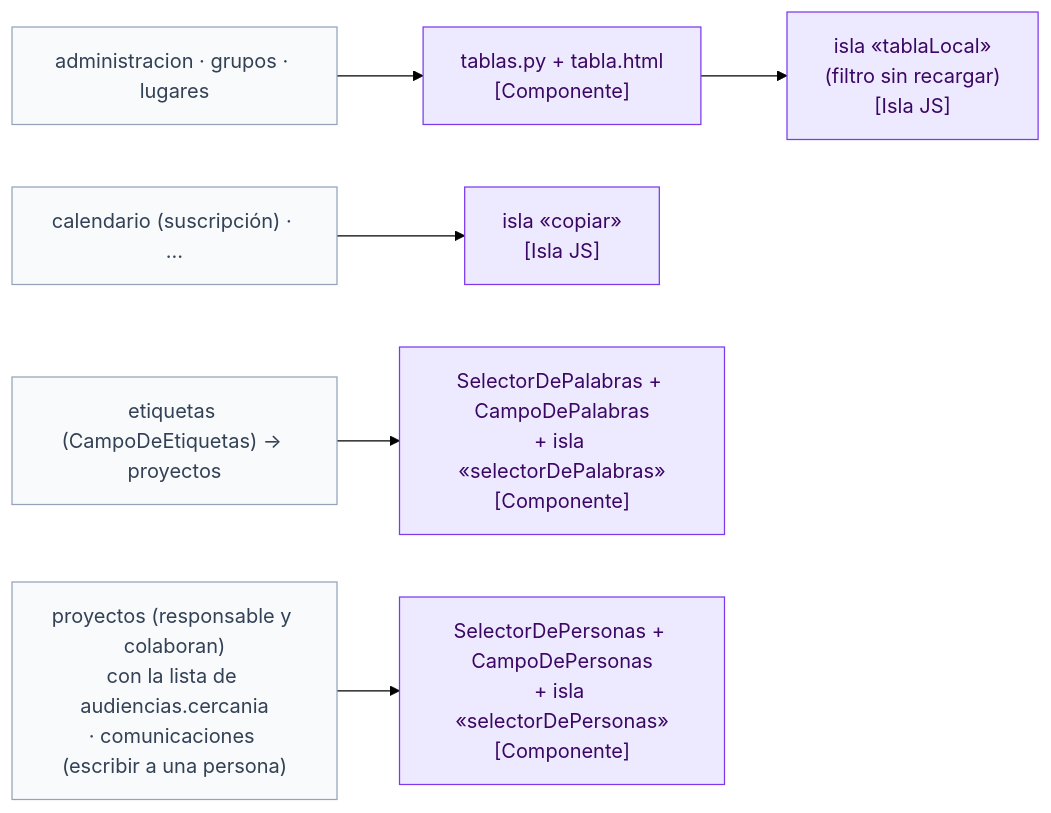
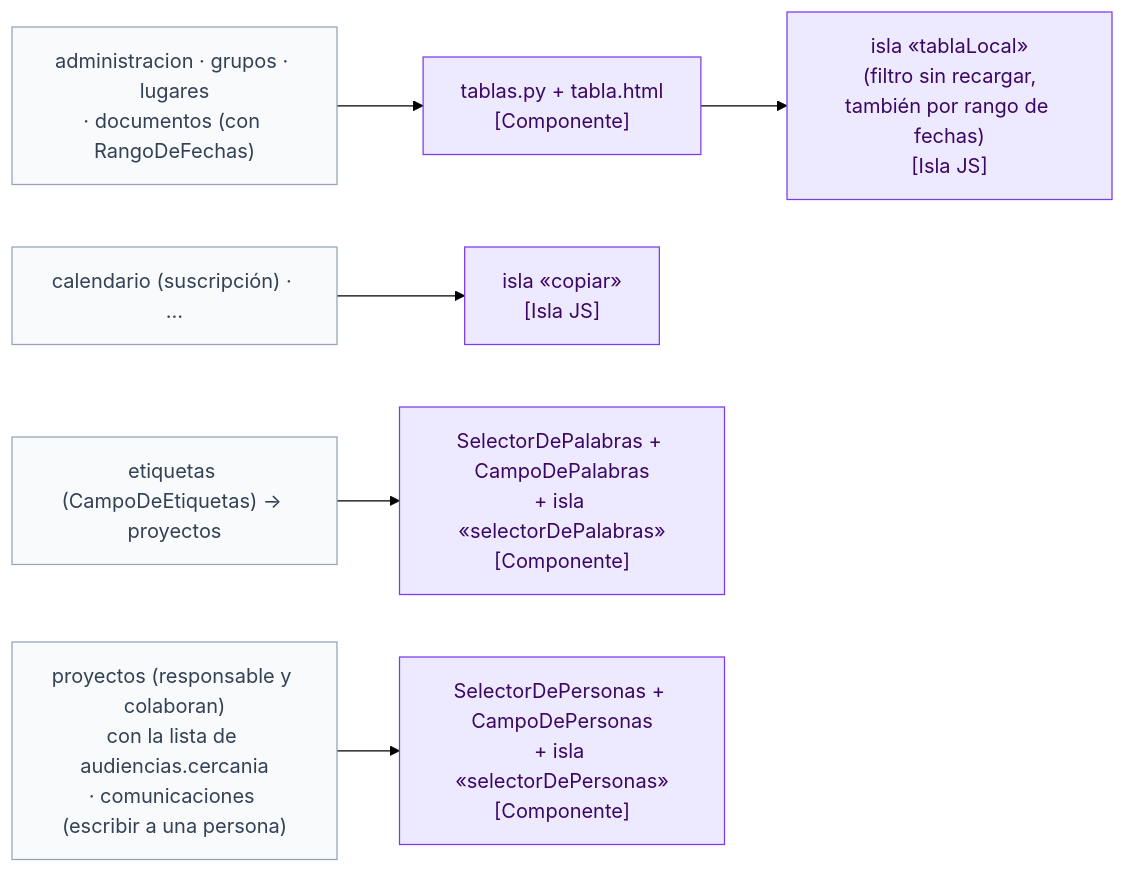
One commit to chemabc/groupy changed diagram 34 of 40 in docs/arquitectura.md. Above: the diagram before and after it, drawn with Mermaid (forest theme). The commit also changed other lines of this file and 46 other files, not shown here.

````diff
--- a/docs/arquitectura.md
+++ b/docs/arquitectura.md
@@ -1050,19 +1070,19 @@
 ```mermaid
 flowchart LR
   classDef comp fill:#ede9fe,stroke:#7c3aed,color:#3b0764
   classDef otro fill:#f8fafc,stroke:#94a3b8,color:#334155
   tablas["tablas.py + tabla.html<br/>[Componente]"]:::comp
-  tablaLocal["isla «tablaLocal»<br/>(filtro sin recargar)<br/>[Isla JS]"]:::comp
+  tablaLocal["isla «tablaLocal»<br/>(filtro sin recargar,<br/>también por rango de fechas)<br/>[Isla JS]"]:::comp
   copiar["isla «copiar»<br/>[Isla JS]"]:::comp
   selector["SelectorDePalabras + CampoDePalabras<br/>+ isla «selectorDePalabras»<br/>[Componente]"]:::comp
   personas["SelectorDePersonas + CampoDePersonas<br/>+ isla «selectorDePersonas»<br/>[Componente]"]:::comp
   usan4["proyectos (responsable y colaboran)<br/>con la lista de audiencias.cercania<br/>· comunicaciones (escribir a una persona)"]:::otro
-  usan1["administracion · grupos · lugares"]:::otro
+  usan1["administracion · grupos · lugares<br/>· documentos (con RangoDeFechas)"]:::otro
   usan2["calendario (suscripción) · …"]:::otro
   usan3["etiquetas (CampoDeEtiquetas) → proyectos"]:::otro
   tablas --> tablaLocal
   usan1 --> tablas
   usan2 --> copiar
   usan3 --> selector
   usan4 --> personas
 ```
````
